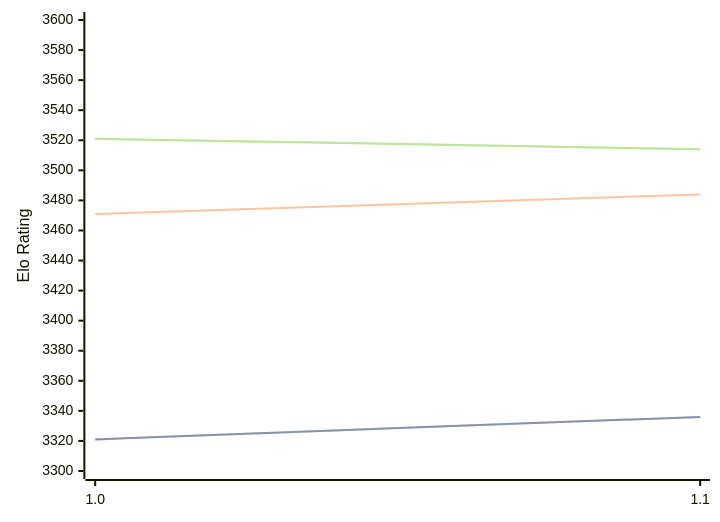
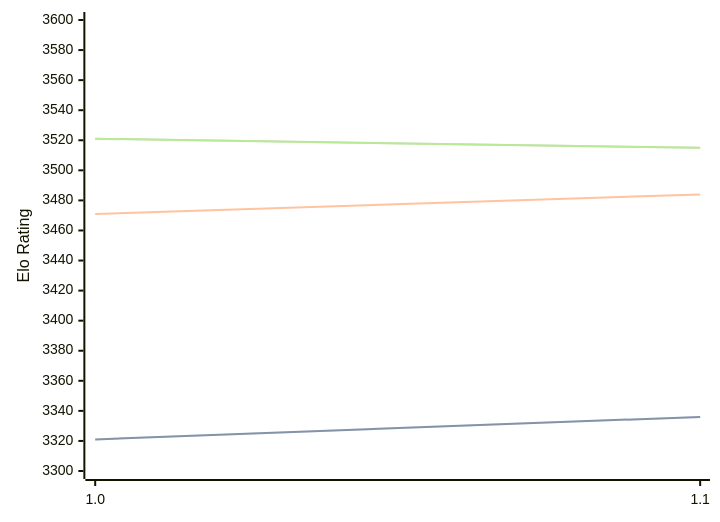
Before and after one commit to computer-chess-index/cci: the third of 3 diagrams in engines/Horsie.md, drawn with Mermaid. The commit also changed other lines of this file, not shown here.

Commit message:
Update CCI Ratings (ELO VLTC) - 2026-07-17

````diff
--- a/engines/Horsie.md
+++ b/engines/Horsie.md
@@ -65,11 +65,11 @@
 ```mermaid
 %%{init: {"theme":"base","themeVariables":{"seriesColors:['#a3a3a3','#222221','#faa371']}}}%%
 xychart-beta
   x-axis ["1.0", "1.1"]
   y-axis "Elo Rating" 3300 --> 3600
   line "STC (8.0+0.08s)" [3321, 3336]
   line "STC (8.0+0.08s)" [3321, 3336]
   line "LTC (60.0+0.60s)" [3471, 3484]
-  line "VLTC (2m24s+1.12s)" [3521, 3514]
-  line "VLTC (2m24s+1.12s)" [3521, 3514]
+  line "VLTC (2m24s+1.12s)" [3521, 3515]
+  line "VLTC (2m24s+1.12s)" [3521, 3515]
 ```
````
